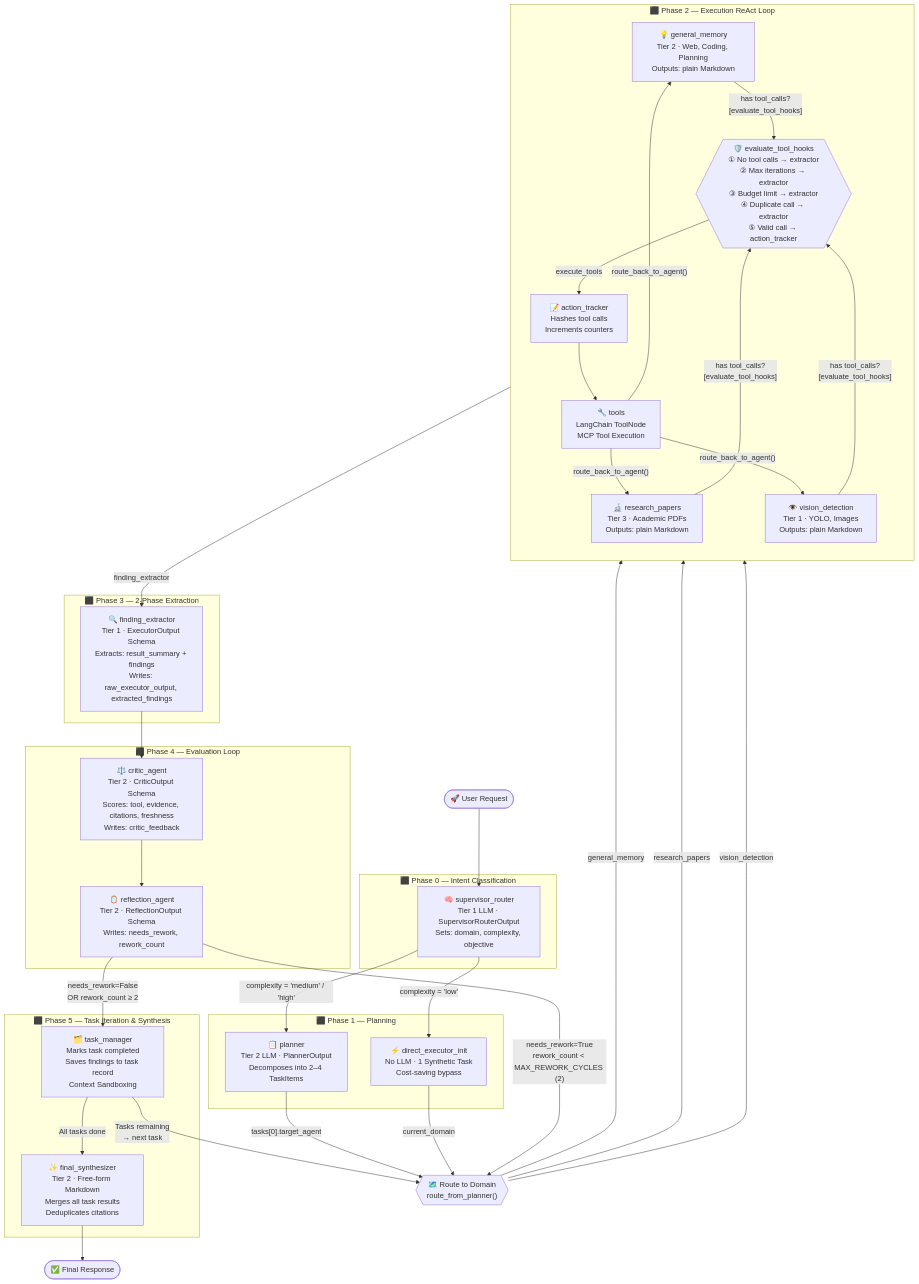
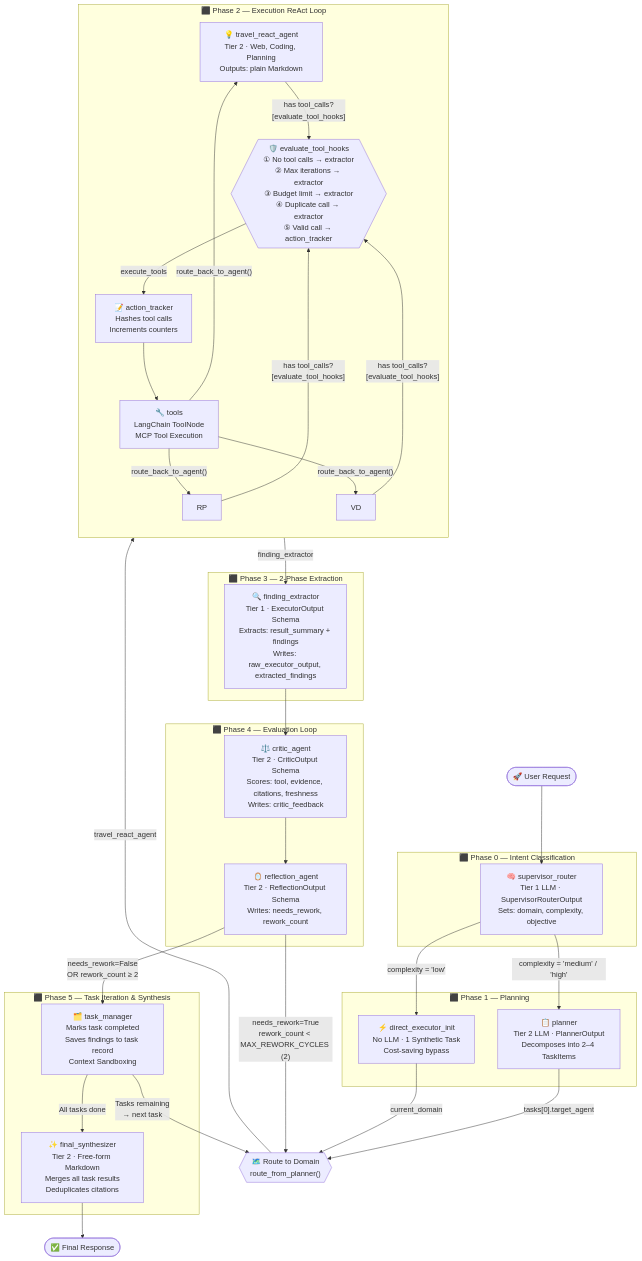
Before and after one commit to mminh007/travel-assistant-system: the diagram in agent/README.md, drawn with Mermaid. The commit also changed other lines of this file and 63 other files, not shown here.

````diff
--- a/agent/README.md
+++ b/agent/README.md
@@ -154,68 +141,64 @@
 ```mermaid
 flowchart TD
     START([" 🚀 User Request "]) --> SR
 
     subgraph PHASE0["⬛ Phase 0 — Intent Classification"]
         SR["🧠 supervisor_router\nTier 1 LLM · SupervisorRouterOutput\nSets: domain, complexity, objective"]
     end
 
     SR -- "complexity = 'low'" --> DEI
     SR -- "complexity = 'medium' / 'high'" --> PL
 
     subgraph PHASE1["⬛ Phase 1 — Planning"]
         PL["📋 planner\nTier 2 LLM · PlannerOutput\nDecomposes into 2–4 TaskItems"]
         DEI["⚡ direct_executor_init\nNo LLM · 1 Synthetic Task\nCost-saving bypass"]
     end
 
     PL -- "tasks[0].target_agent" --> EX_ROUTER
     DEI -- "current_domain" --> EX_ROUTER
 
     EX_ROUTER{{"🗺️ Route to Domain\nroute_from_planner()"}}
-    EX_ROUTER -- "general_memory" --> GM
-    EX_ROUTER -- "research_papers" --> RP
-    EX_ROUTER -- "vision_detection" --> VD
+    EX_ROUTER -- "travel_react_agent" --> GM
 
     subgraph PHASE2["⬛ Phase 2 — Execution ReAct Loop"]
         direction TB
-        GM["💡 general_memory\nTier 2 · Web, Coding, Planning\nOutputs: plain Markdown"]
-        RP["🔬 research_papers\nTier 3 · Academic PDFs\nOutputs: plain Markdown"]
-        VD["👁️ vision_detection\nTier 1 · YOLO, Images\nOutputs: plain Markdown"]
+        GM["💡 travel_react_agent\nTier 2 · Web, Coding, Planning\nOutputs: plain Markdown"]
 
         AT["📝 action_tracker\nHashes tool calls\nIncrements counters"]
         TOOLS["🔧 tools\nLangChain ToolNode\nMCP Tool Execution"]
 
         GM & RP & VD -- "has tool_calls?\n[evaluate_tool_hooks]" --> HOOKS
         HOOKS{{"🛡️ evaluate_tool_hooks\n① No tool calls → extractor\n② Max iterations → extractor\n③ Budget limit → extractor\n④ Duplicate call → extractor\n⑤ Valid call → action_tracker"}}
         HOOKS -- "execute_tools" --> AT
         AT --> TOOLS
         TOOLS -- "route_back_to_agent()" --> GM & RP & VD
     end
 
     HOOKS -- "finding_extractor" --> FE
 
     subgraph PHASE3["⬛ Phase 3 — 2-Phase Extraction"]
         FE["🔍 finding_extractor\nTier 1 · ExecutorOutput Schema\nExtracts: result_summary + findings\nWrites: raw_executor_output, extracted_findings"]
     end
 
     FE --> CR
 
     subgraph PHASE4["⬛ Phase 4 — Evaluation Loop"]
         CR["⚖️ critic_agent\nTier 2 · CriticOutput Schema\nScores: tool, evidence, citations, freshness\nWrites: critic_feedback"]
         RA["🪞 reflection_agent\nTier 2 · ReflectionOutput Schema\nWrites: needs_rework, rework_count"]
 
         CR --> RA
     end
 
     RA -- "needs_rework=True\nrework_count < MAX_REWORK_CYCLES (2)" --> EX_ROUTER
     RA -- "needs_rework=False\nOR rework_count ≥ 2" --> TM
 
     subgraph PHASE5["⬛ Phase 5 — Task Iteration & Synthesis"]
         TM["🗂️ task_manager\nMarks task completed\nSaves findings to task record\nContext Sandboxing"]
         FS["✨ final_synthesizer\nTier 2 · Free-form Markdown\nMerges all task results\nDeduplicates citations"]
     end
 
     TM -- "Tasks remaining\n→ next task" --> EX_ROUTER
     TM -- "All tasks done" --> FS
 
     FS --> END([" ✅ Final Response "])
 ```
````
